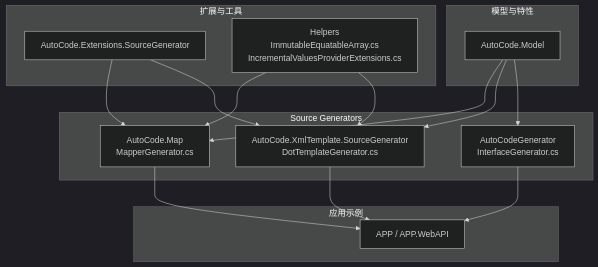
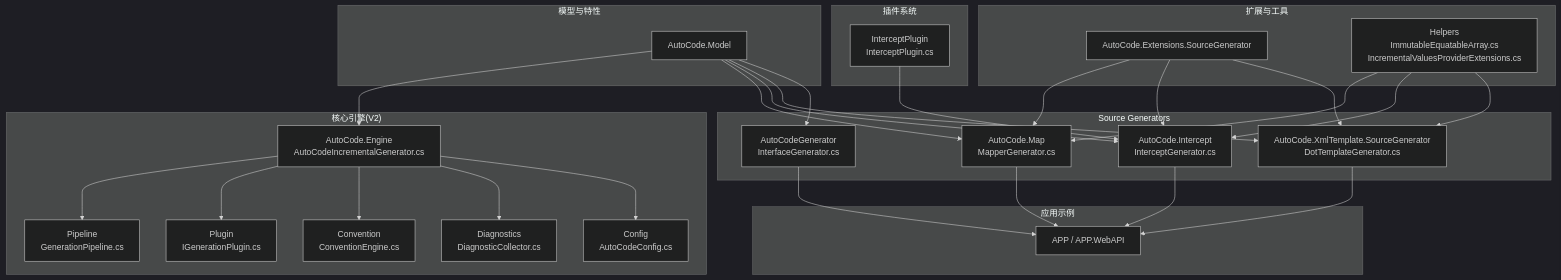
Before and after one commit to alivy/AutoCode: the first of 6 diagrams in .qoder/repowiki/zh/content/核心概念/Source Generator原理.md, drawn with Mermaid (dark theme). The commit also changed other lines of this file and 279 other files, not shown here.

````diff
--- a/.qoder/repowiki/zh/content/核心概念/Source Generator原理.md
+++ b/.qoder/repowiki/zh/content/核心概念/Source Generator原理.md
@@ -44,28 +69,51 @@
 ```mermaid
 graph TB
 subgraph "模型与特性"
 Model["AutoCode.Model"]
 end
+subgraph "核心引擎(V2)"
+Engine["AutoCode.Engine<br/>AutoCodeIncrementalGenerator.cs"]
+Pipeline["Pipeline<br/>GenerationPipeline.cs"]
+Plugin["Plugin<br/>IGenerationPlugin.cs"]
+Convention["Convention<br/>ConventionEngine.cs"]
+Diagnostics["Diagnostics<br/>DiagnosticCollector.cs"]
+Config["Config<br/>AutoCodeConfig.cs"]
+end
 subgraph "Source Generators"
 MapGen["AutoCode.Map<br/>MapperGenerator.cs"]
+InterceptGen["AutoCode.Intercept<br/>InterceptGenerator.cs"]
 DotGen["AutoCode.XmlTemplate.SourceGenerator<br/>DotTemplateGenerator.cs"]
 IFGen["AutoCodeGenerator<br/>InterfaceGenerator.cs"]
+end
+subgraph "插件系统"
+InterceptPlugin["InterceptPlugin<br/>InterceptPlugin.cs"]
 end
 subgraph "扩展与工具"
 Ext["AutoCode.Extensions.SourceGenerator"]
 Helpers["Helpers<br/>ImmutableEquatableArray.cs<br/>IncrementalValuesProviderExtensions.cs"]
 end
 subgraph "应用示例"
 App["APP / APP.WebAPI"]
 end
+Model --> Engine
+Engine --> Pipeline
+Engine --> Plugin
+Engine --> Convention
+Engine --> Diagnostics
+Engine --> Config
 Model --> MapGen
+Model --> InterceptGen
 Model --> DotGen
 Model --> IFGen
+InterceptPlugin --> InterceptGen
 Helpers --> MapGen
+Helpers --> InterceptGen
 Helpers --> DotGen
 Ext --> MapGen
+Ext --> InterceptGen
 Ext --> DotGen
 MapGen --> App
+InterceptGen --> App
 DotGen --> App
 IFGen --> App
 ```
````
